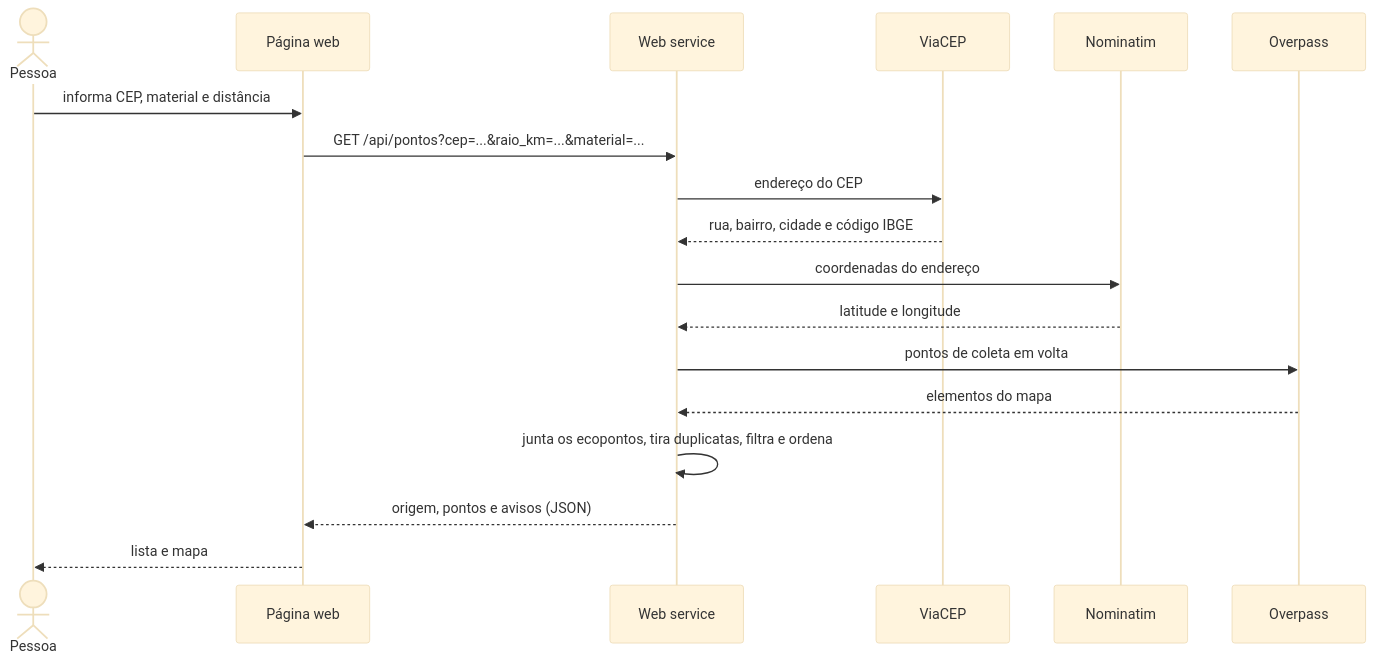
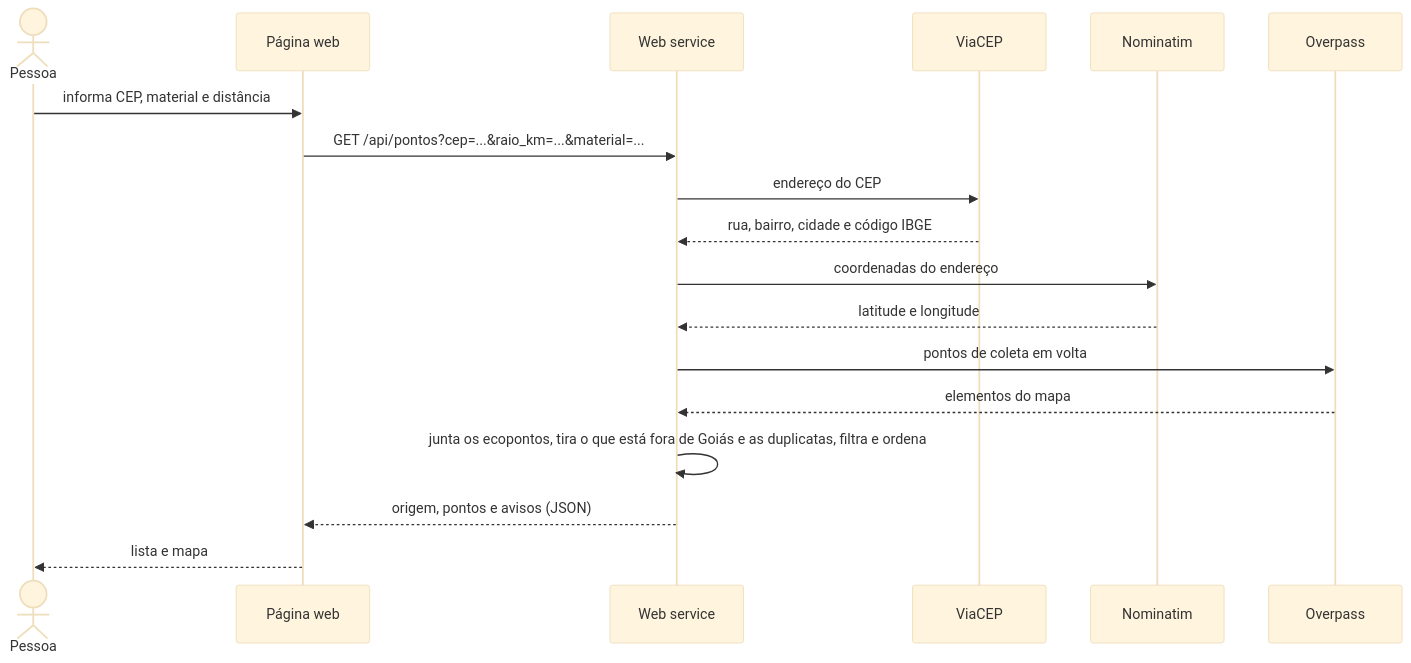
Before and after one commit to GustasSilva/residuogo: the second of 4 diagrams in docs/DIAGRAMAS.md, drawn with Mermaid (base theme). The commit also changed other lines of this file and 36 other files, not shown here.

````diff
--- a/docs/DIAGRAMAS.md
+++ b/docs/DIAGRAMAS.md
@@ -42,21 +46,21 @@
 ```mermaid
 sequenceDiagram
     actor Pessoa
     participant P as Página web
     participant S as Web service
     participant V as ViaCEP
     participant N as Nominatim
     participant O as Overpass
 
     Pessoa->>P: informa CEP, material e distância
     P->>S: GET /api/pontos?cep=...&raio_km=...&material=...
     S->>V: endereço do CEP
     V-->>S: rua, bairro, cidade e código IBGE
     S->>N: coordenadas do endereço
     N-->>S: latitude e longitude
     S->>O: pontos de coleta em volta
     O-->>S: elementos do mapa
-    S->>S: junta os ecopontos, tira duplicatas, filtra e ordena
+    S->>S: junta os ecopontos, tira o que está fora de Goiás e as duplicatas, filtra e ordena
     S-->>P: origem, pontos e avisos (JSON)
     P-->>Pessoa: lista e mapa
 ```
````
